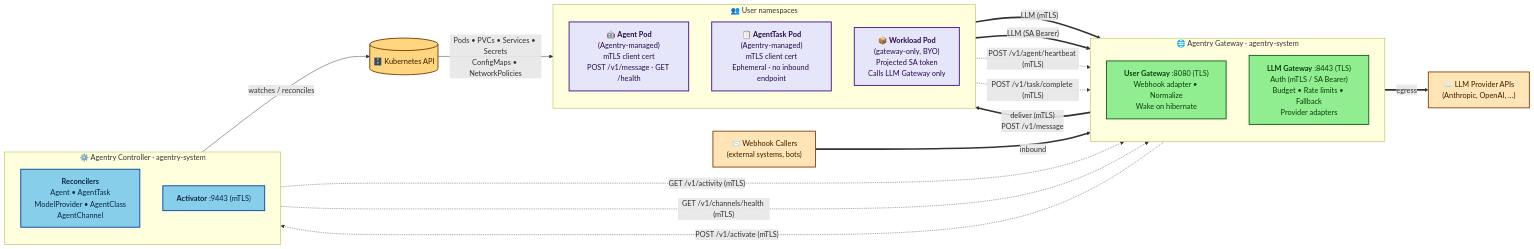
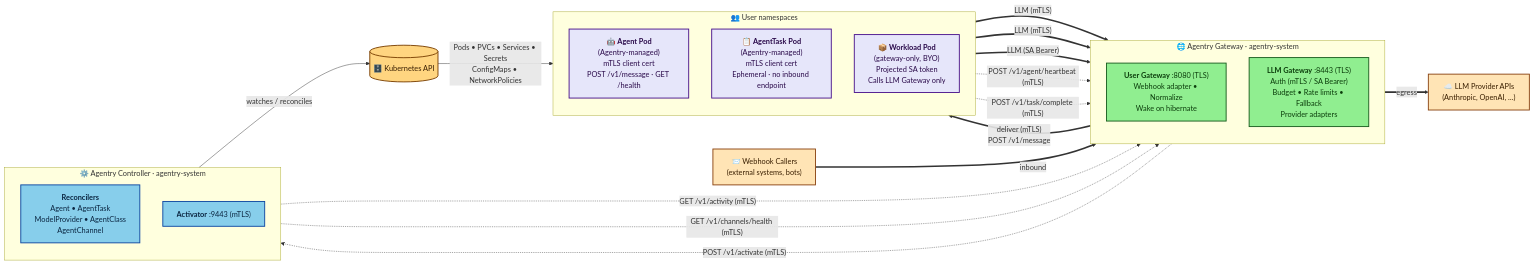
The diagram in docs/ARCHITECTURE.md (win07xp/kaalm), drawn with Mermaid before and after one commit. The commit also changed other lines of this file, not shown here.

Commit message:
Close three design-review findings in ARCHITECTURE.md

````diff
--- a/docs/ARCHITECTURE.md
+++ b/docs/ARCHITECTURE.md
@@ -26,62 +26,62 @@
 ```mermaid
 flowchart LR
     %% ── Inbound external ─────────────────────────────────
     webhooks["📨 Webhook Callers<br/>(external systems, bots)"]
 
     %% ── Agentry Gateway (agentry-system) ─────────────────
     subgraph gw["🌐 Agentry Gateway · agentry-system"]
         direction TB
         usergw["<b>User Gateway</b> :8080 (TLS)<br/>Webhook adapter • Normalize<br/>Wake on hibernate"]
         llmgw["<b>LLM Gateway</b> :8443 (TLS)<br/>Auth (mTLS / SA Bearer)<br/>Budget • Rate limits • Fallback<br/>Provider adapters"]
     end
 
     %% ── User namespaces (agent + workload pods) ──────────
     subgraph users["👥 User namespaces"]
         direction TB
         agentC["🤖 <b>Agent Pod</b><br/>(Agentry-managed)<br/>mTLS client cert<br/>POST /v1/message · GET /health"]
         agentTaskC["📋 <b>AgentTask Pod</b><br/>(Agentry-managed)<br/>mTLS client cert<br/>Ephemeral · no inbound endpoint"]
         workloadC["📦 <b>Workload Pod</b><br/>(gateway-only, BYO)<br/>Projected SA token<br/>Calls LLM Gateway only"]
     end
 
     %% ── Outbound external ────────────────────────────────
     providers["☁️ LLM Provider APIs<br/>(Anthropic, OpenAI, …)"]
 
     %% ── Controller + apiserver (control plane) ───────────
     subgraph ctrl["⚙️ Agentry Controller · agentry-system"]
         direction TB
         recs["<b>Reconcilers</b><br/>Agent • AgentTask<br/>ModelProvider • AgentClass<br/>AgentChannel"]
         activator["<b>Activator</b> :9443 (mTLS)"]
     end
     apiserver[("🗄️ Kubernetes API")]
 
     %% ── Data plane (thick) ───────────────────────────────
     webhooks == "inbound" ==> usergw
     usergw == "deliver (mTLS)<br/>POST /v1/message" ==> agentC
-    agentC == "LLM (mTLS)" ==> llmgw
+    agentC & agentTaskC == "LLM (mTLS)" ==> llmgw
     workloadC == "LLM (SA Bearer)" ==> llmgw
     llmgw == "egress" ==> providers
 
     %% ── Lifecycle (thin) ─────────────────────────────────
     ctrl -- "watches / reconciles" --> apiserver
     apiserver -- "Pods • PVCs • Services • Secrets<br/>ConfigMaps • NetworkPolicies" --> agentC
 
     %% ── Internal mTLS RPCs (dashed) ──────────────────────
     gw -. "POST /v1/activate (mTLS)" .-> activator
     ctrl -. "GET /v1/activity (mTLS)" .-> llmgw
     ctrl -. "GET /v1/channels/health (mTLS)" .-> llmgw
     agentC -. "POST /v1/agent/heartbeat (mTLS)" .-> llmgw
     agentTaskC -. "POST /v1/task/complete (mTLS)" .-> llmgw
 
     %% ── Styling (high contrast) ──────────────────────────
     classDef extNode fill:#FFE4B5,stroke:#8B4513,stroke-width:2px,color:#3a1f00
     classDef gwNode  fill:#90EE90,stroke:#1B5E20,stroke-width:2px,color:#0b3d0b
     classDef ctlNode fill:#87CEEB,stroke:#0D47A1,stroke-width:2px,color:#0a2540
     classDef podNode fill:#E6E6FA,stroke:#4A148C,stroke-width:2px,color:#2a0a4a
     classDef k8sNode fill:#FFD580,stroke:#7a3f00,stroke-width:2px,color:#3a1f00
 
     class webhooks,providers extNode
     class usergw,llmgw gwNode
     class recs,activator ctlNode
     class agentC,agentTaskC,workloadC podNode
     class apiserver k8sNode
 ```
````
